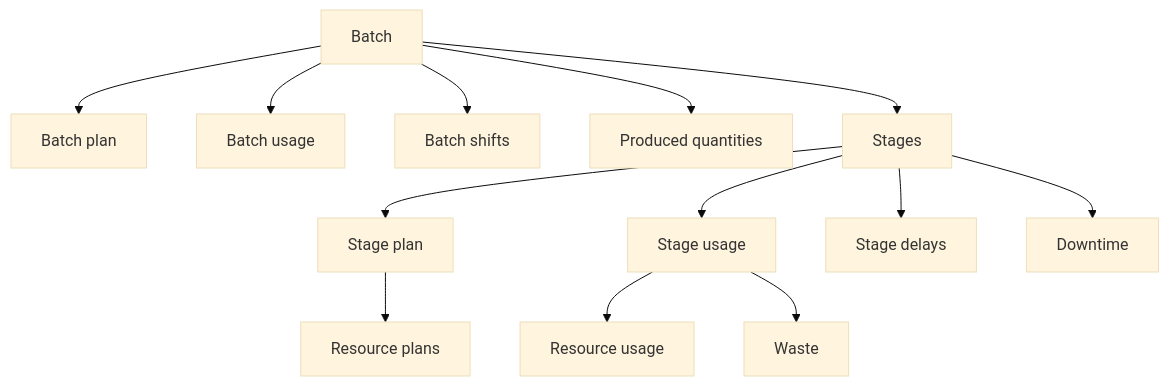
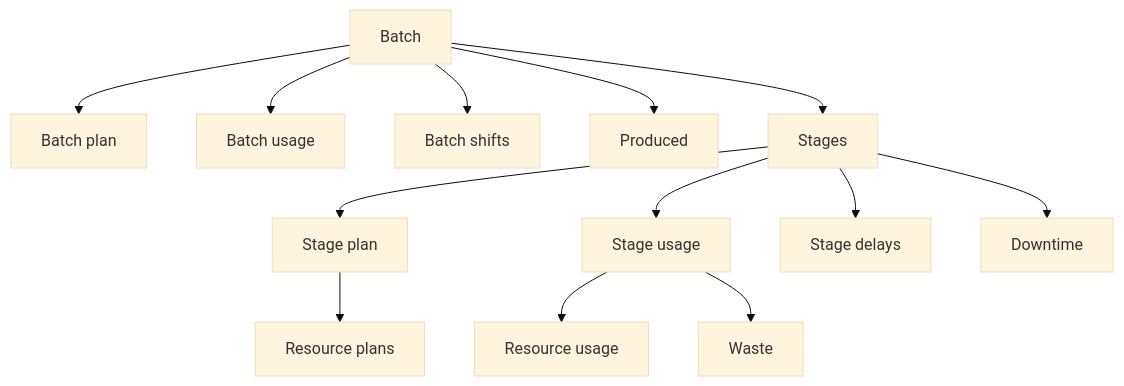
The diagram in docs/integration/manufacturing/index.md (Tom-PIT/TomPIT.Pulse.Connector), drawn with Mermaid (base theme) before and after one commit. The commit also changed other lines of this file and 21 other files, not shown here.

````diff
--- a/docs/integration/manufacturing/index.md
+++ b/docs/integration/manufacturing/index.md
@@ -15,17 +14,17 @@
 ```mermaid
 graph TD
   A[Batch] --> B[Batch plan]
   A --> C[Batch usage]
   A --> D[Batch shifts]
-  A --> E[Produced quantities]
+  A --> E[Produced]
   A --> F[Stages]
 
   F --> G[Stage plan]
   F --> H[Stage usage]
   F --> I[Stage delays]
   F --> J[Downtime]
 
   G --> K[Resource plans]
   H --> L[Resource usage]
   H --> M[Waste]
 ```
````
